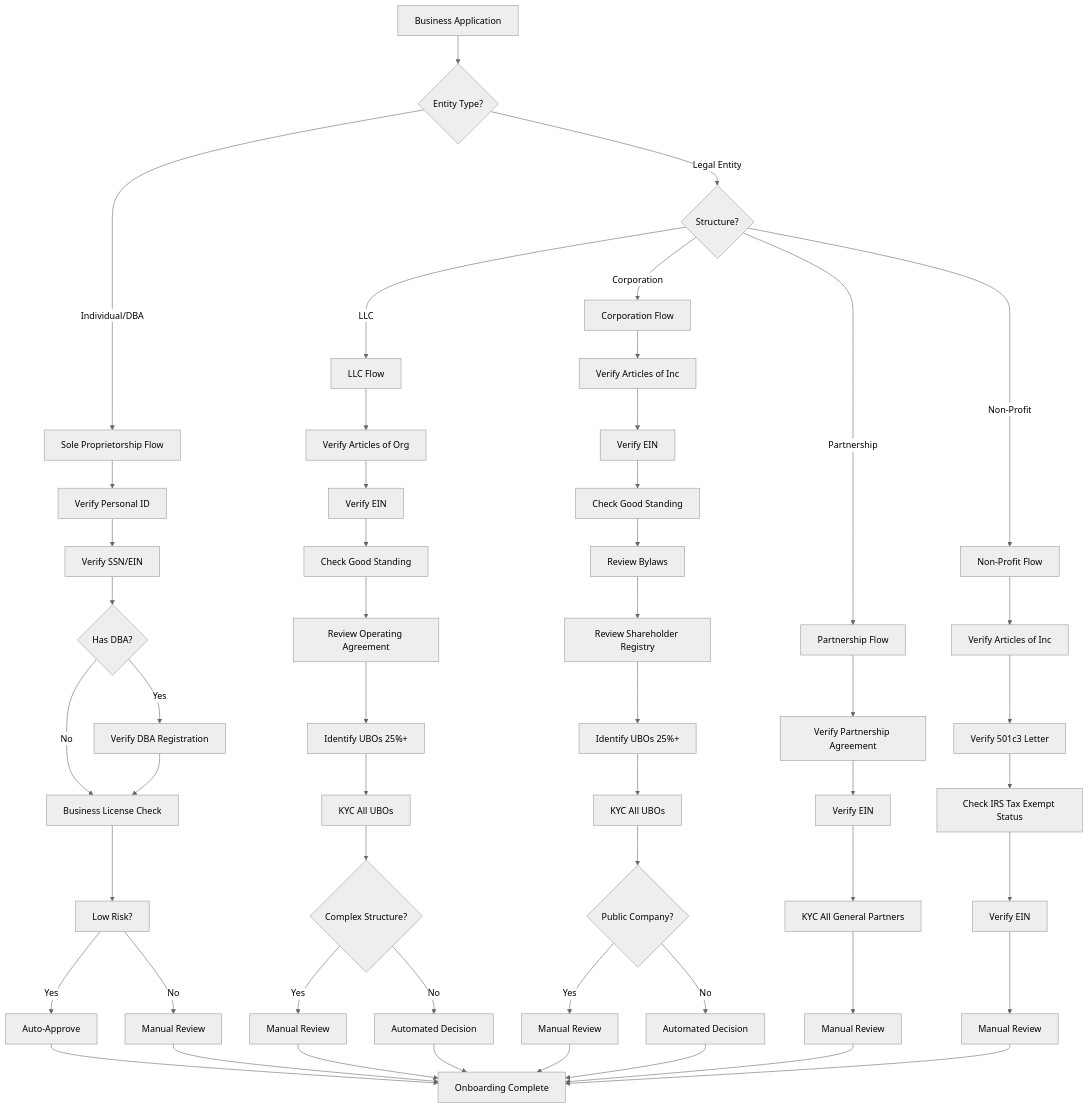
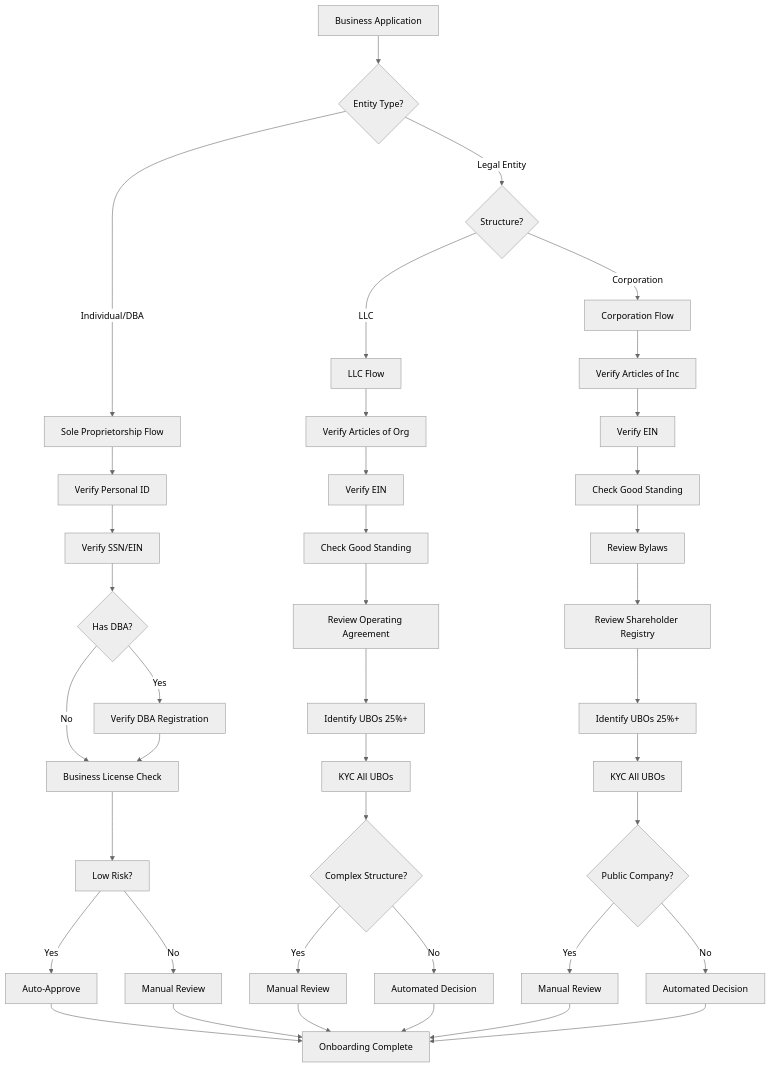
One commit to luzan/payment-space changed the diagram in docs/onboarding/kyc-kyb/kyb-requirements.md. Above: the diagram before and after it, drawn with Mermaid (neutral theme). The commit also changed other lines of this file and 21 other files, not shown here.

````diff
--- a/docs/onboarding/kyc-kyb/kyb-requirements.md
+++ b/docs/onboarding/kyc-kyb/kyb-requirements.md
@@ -331,62 +105,47 @@
 ```mermaid
 flowchart TD
     A[Business Application] --> B{Entity Type?}
 
     B -->|Individual/DBA| C[Sole Proprietorship Flow]
     C --> C1[Verify Personal ID]
     C1 --> C2[Verify SSN/EIN]
     C2 --> C3{Has DBA?}
     C3 -->|Yes| C4[Verify DBA Registration]
     C3 -->|No| C5[Business License Check]
     C4 --> C5
     C5 --> C6[Low Risk?]
     C6 -->|Yes| C7[Auto-Approve]
     C6 -->|No| C8[Manual Review]
 
     B -->|Legal Entity| D{Structure?}
 
     D -->|LLC| E[LLC Flow]
     E --> E1[Verify Articles of Org]
     E1 --> E2[Verify EIN]
     E2 --> E3[Check Good Standing]
     E3 --> E4[Review Operating Agreement]
     E4 --> E5[Identify UBOs 25%+]
     E5 --> E6[KYC All UBOs]
     E6 --> E7{Complex Structure?}
     E7 -->|Yes| E8[Manual Review]
     E7 -->|No| E9[Automated Decision]
 
     D -->|Corporation| F[Corporation Flow]
     F --> F1[Verify Articles of Inc]
     F1 --> F2[Verify EIN]
     F2 --> F3[Check Good Standing]
     F3 --> F4[Review Bylaws]
     F4 --> F5[Review Shareholder Registry]
     F5 --> F6[Identify UBOs 25%+]
     F6 --> F7[KYC All UBOs]
     F7 --> F8{Public Company?}
     F8 -->|Yes| F9[Manual Review]
     F8 -->|No| F10[Automated Decision]
 
-    D -->|Partnership| G[Partnership Flow]
-    G --> G1[Verify Partnership Agreement]
-    G1 --> G2[Verify EIN]
-    G2 --> G3[KYC All General Partners]
-    G3 --> G4[Manual Review]
-
-    D -->|Non-Profit| H[Non-Profit Flow]
-    H --> H1[Verify Articles of Inc]
-    H1 --> H2[Verify 501c3 Letter]
-    H2 --> H3[Check IRS Tax Exempt Status]
-    H3 --> H4[Verify EIN]
-    H4 --> H5[Manual Review]
-
     C7 --> I[Onboarding Complete]
     C8 --> I
     E8 --> I
     E9 --> I
     F9 --> I
     F10 --> I
-    G4 --> I
-    H5 --> I
 ```
````
